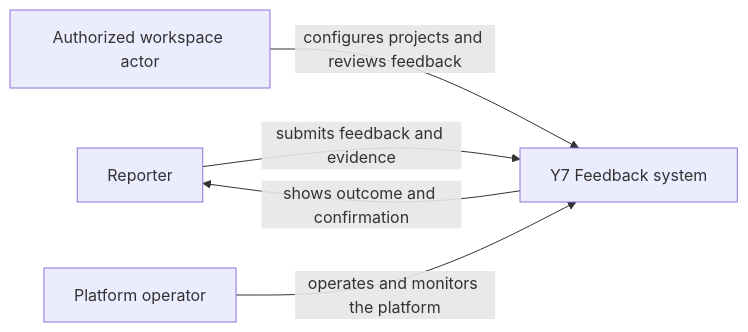
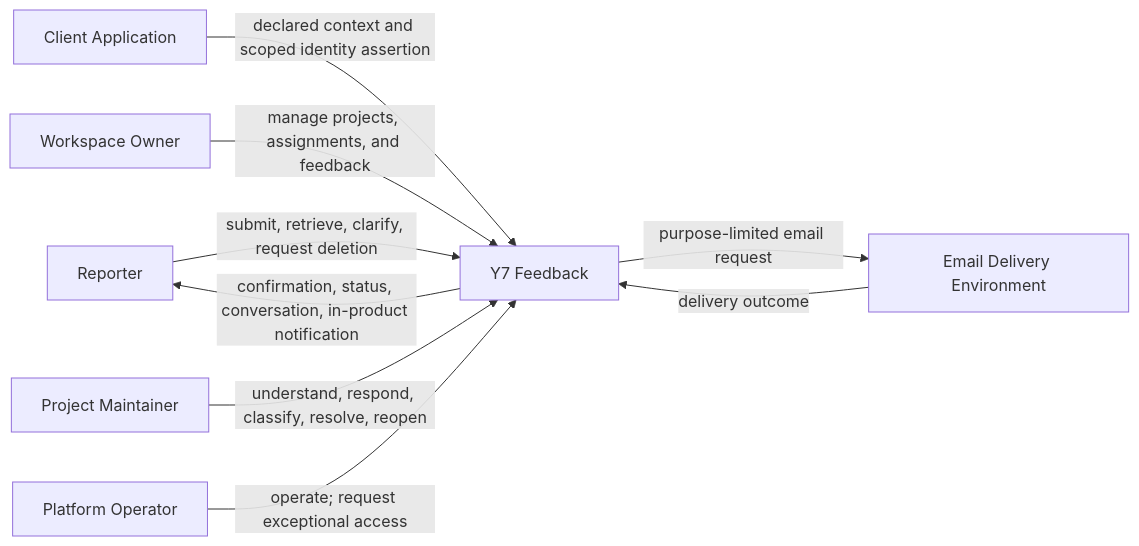
Before and after one commit to Y4NN777/y7-feedback-mngt-system: the first of 9 diagrams in docs/05_MODELING.md, drawn with Mermaid. The commit also changed other lines of this file, not shown here.

Commit message:
docs: model the living feedback domain

````diff
--- a/docs/05_MODELING.md
+++ b/docs/05_MODELING.md
@@ -11,12 +14,19 @@
 ```mermaid
 flowchart LR
     Reporter[Reporter]
-    WorkspaceActor[Authorized workspace actor]
-    Operator[Platform operator]
-    FeedbackSystem[Y7 Feedback system]
+    ClientApp[Client Application]
+    Owner[Workspace Owner]
+    Maintainer[Project Maintainer]
+    Operator[Platform Operator]
+    Email[Email Delivery Environment]
+    System[Y7 Feedback]
 
-    Reporter -->|submits feedback and evidence| FeedbackSystem
-    FeedbackSystem -->|shows outcome and confirmation| Reporter
-    WorkspaceActor -->|configures projects and reviews feedback| FeedbackSystem
-    Operator -->|operates and monitors the platform| FeedbackSystem
+    Reporter -->|submit, retrieve, clarify, request deletion| System
+    System -->|confirmation, status, conversation, in-product notification| Reporter
+    ClientApp -->|declared context and scoped identity assertion| System
+    Owner -->|manage projects, assignments, and feedback| System
+    Maintainer -->|understand, respond, classify, resolve, reopen| System
+    Operator -->|operate; request exceptional access| System
+    System -->|purpose-limited email request| Email
+    Email -->|delivery outcome| System
 ```
````
